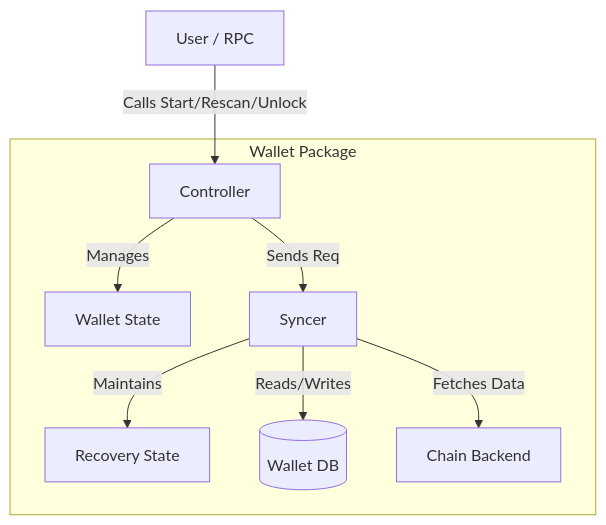
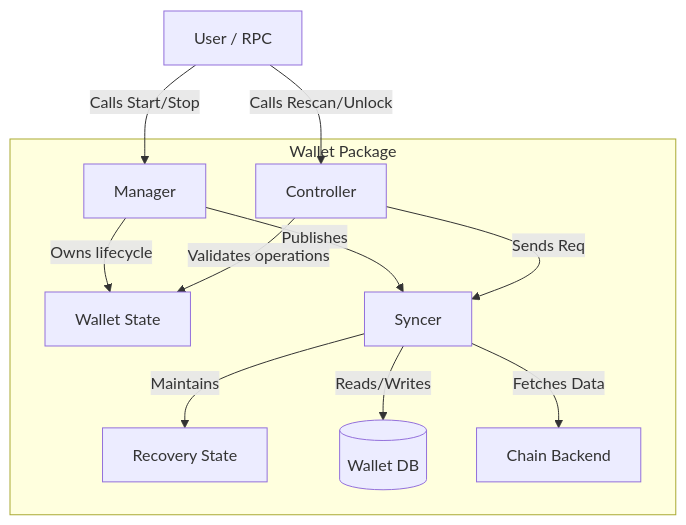
Before and after one commit to btcsuite/btcwallet: the diagram in docs/developer/scanning_sync_architecture.md, drawn with Mermaid. The commit also changed other lines of this file and 1 other file, not shown here.

First line of the commit message:
docs: document manager lifecycle

````diff
--- a/docs/developer/scanning_sync_architecture.md
+++ b/docs/developer/scanning_sync_architecture.md
@@ -9,13 +11,16 @@
 ```mermaid
 graph TD
-    User[User / RPC] -->|Calls Start/Rescan/Unlock| Controller
+    User[User / RPC] -->|Calls Start/Stop| Manager
+    User -->|Calls Rescan/Unlock| Controller
     
     subgraph "Wallet Package"
-        Controller[Controller] -->|Manages| State[Wallet State]
+        Manager[Manager] -->|Owns lifecycle| State[Wallet State]
+        Manager -->|Publishes| Syncer
+        Controller[Controller] -->|Validates operations| State
         Controller -->|Sends Req| Syncer[Syncer]
         
         Syncer -->|Maintains| RecoveryState[Recovery State]
         Syncer -->|Reads/Writes| DB[(Wallet DB)]
         Syncer -->|Fetches Data| Chain[Chain Backend]
     end
 ```
````
